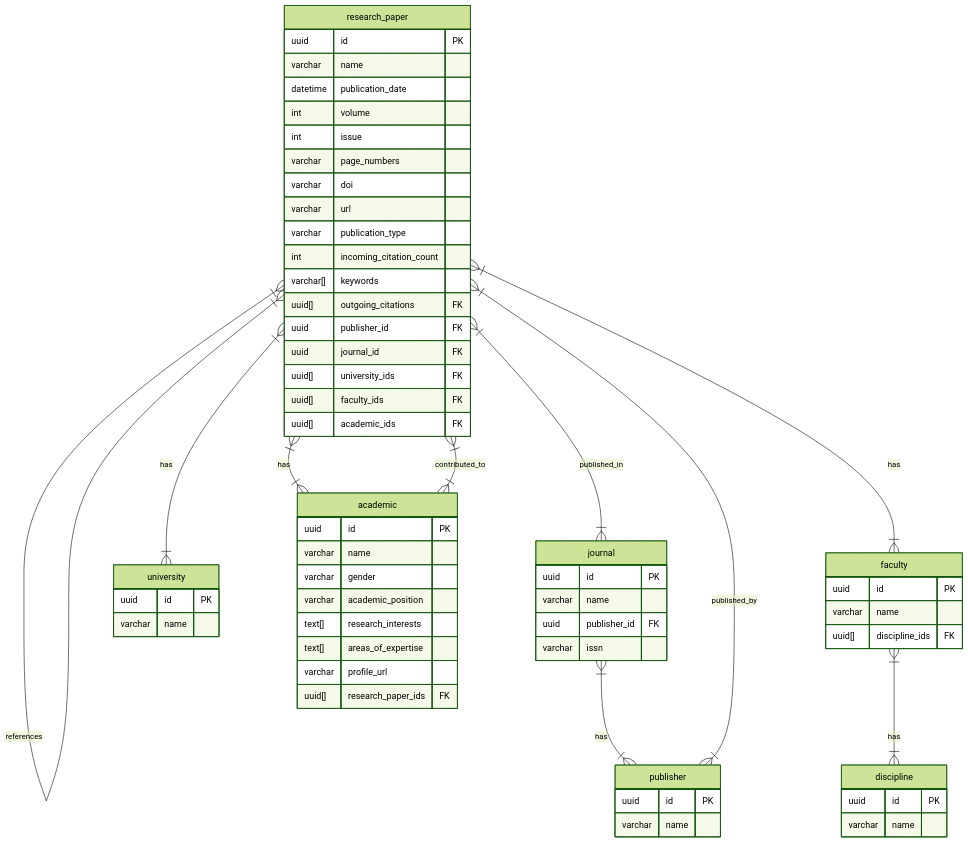
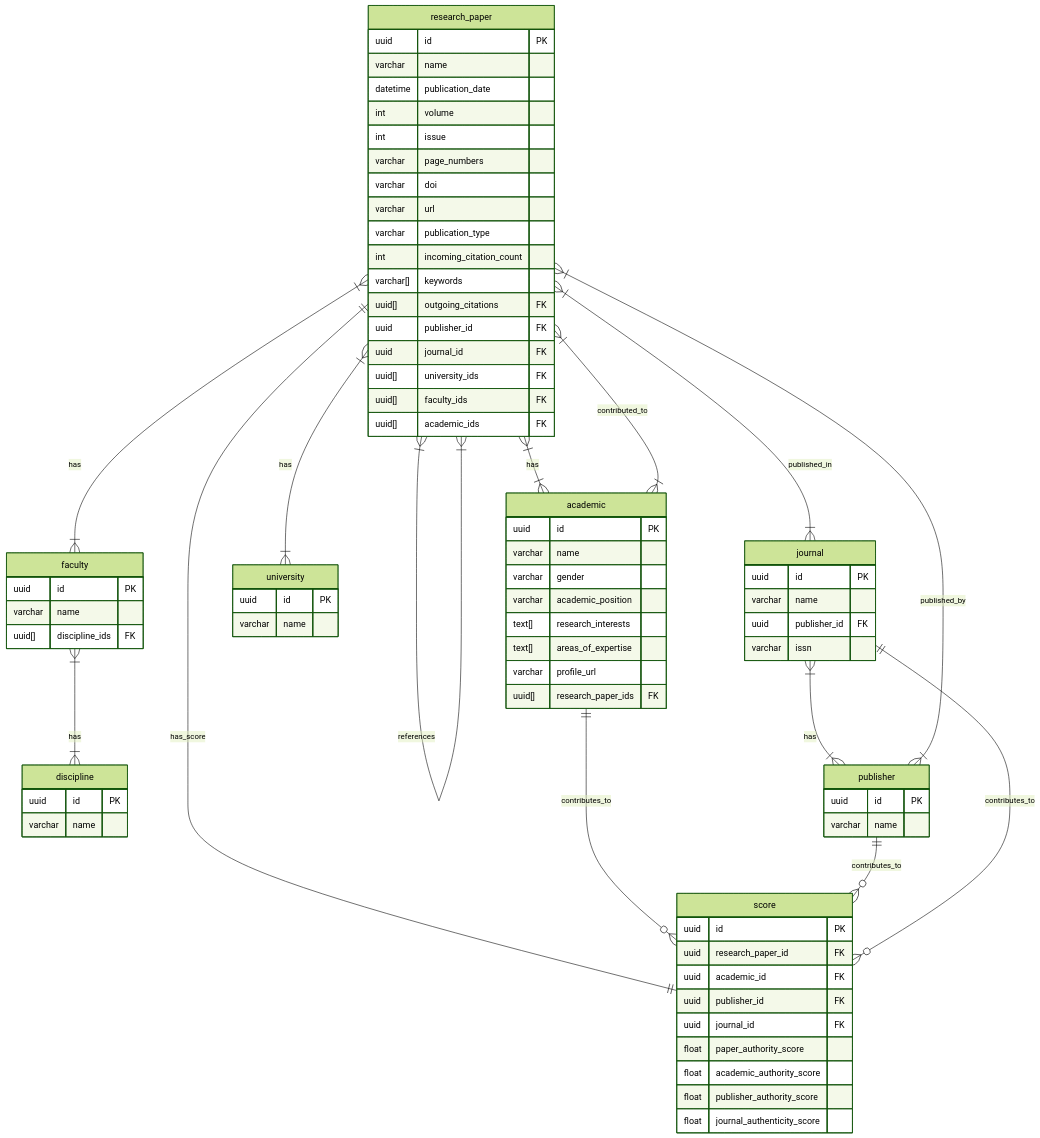
One commit to Luxuan-C/AI_Research_Assistant changed the diagram in docs/database/er-diagram.md. Above: the diagram before and after it, drawn with Mermaid (forest theme).

Commit message:
Add score to ER diagram

````diff
--- a/docs/database/er-diagram.md
+++ b/docs/database/er-diagram.md
@@ -10,6 +10,10 @@
     research_paper  |{--|{ faculty : has
     research_paper  |{--|{ academic : has
     academic        |{--|{ research_paper : contributed_to
+    research_paper  ||--|| score : has_score
+    academic        ||--o{ score : contributes_to
+    publisher       ||--o{ score : contributes_to
+    journal         ||--o{ score : contributes_to
 
     university {
         uuid id PK
@@ -69,4 +73,18 @@
         varchar profile_url
         uuid[] research_paper_ids FK
     }
+
+    score {
+        uuid id PK
+        uuid research_paper_id FK
+        uuid academic_id FK
+        uuid publisher_id FK
+        uuid journal_id FK
+        float paper_authority_score
+        float academic_authority_score
+        float publisher_authority_score
+        float journal_authenticity_score
+    }
+
+
 ```
````
